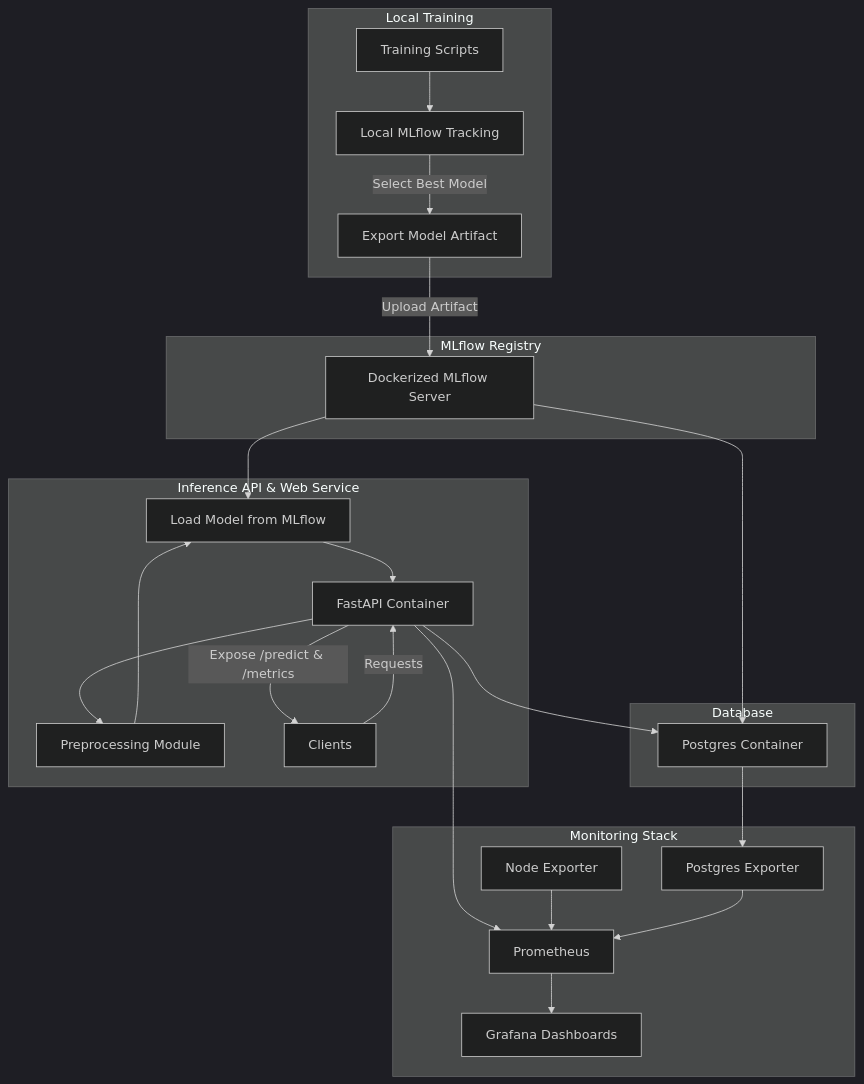
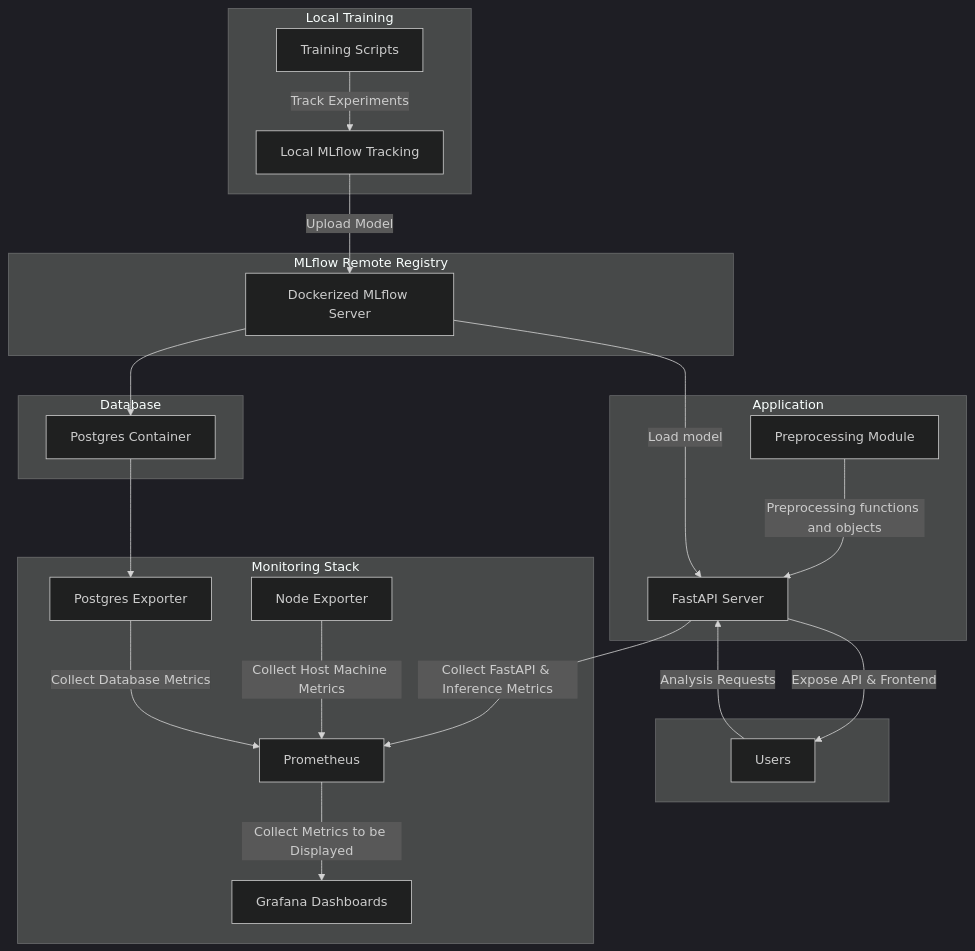
One commit to abdelazizwf/OpinionLens changed the diagram in README.md. Above: the diagram before and after it, drawn with Mermaid (dark theme). The commit also changed other lines of this file and 3 other files, not shown here.

````diff
--- a/README.md
+++ b/README.md
@@ -7,45 +19,45 @@
 ```mermaid
 flowchart TD
     subgraph Local_Training[Local Training]
-        A1[Training Scripts] --> A2[Local MLflow Tracking]
-        A2 -->|Select Best Model| A3[Export Model Artifact]
+        A1[Training Scripts]
+        A2[Local MLflow Tracking]
+        A1 -->|Track Experiments| A2
     end
 
-    subgraph MLflow[MLflow Registry]
+    subgraph MLflow[MLflow Remote Registry]
         B1[Dockerized MLflow Server]
     end
 
-    A3 -->|Upload Artifact| B1
+    A2 -->|Upload Model| B1
 
-    subgraph Inference[Inference API & Web Service]
-        C1[FastAPI Container]
+    subgraph Application[Application]
+        C1[FastAPI Server]
         C2[Preprocessing Module]
-        C3[Load Model from MLflow]
-        C1 --> C2
-        C2 --> C3
-        C3 --> C1
-        C1 -->|Expose /predict & /metrics| D1[Clients]
-        B1 --> C3
+        C2 -->|Preprocessing functions and objects| C1
+        B1 -->|Load model| C1
     end
 
-    D1 -->|Requests| C1
+    subgraph Users[ ]
+        D1[Users]
+        D1 -->|Analysis Requests| C1
+        C1 -->|Expose API & Frontend| D1
+    end
 
     subgraph Monitoring[Monitoring Stack]
         E1[Prometheus]
         E2[Grafana Dashboards]
         E3[Node Exporter]
         E4[Postgres Exporter]
-        C1 --> E1
-        E3 --> E1
-        E4 --> E1
-        E1 --> E2
+        C1 -->|Collect FastAPI & Inference Metrics| E1
+        E3 -->|Collect Host Machine Metrics| E1
+        E4 -->|Collect Database Metrics| E1
+        E1 -->|Collect Metrics to be Displayed| E2
     end
 
     subgraph DB[Database]
         F1[Postgres Container]
-        C1 --> F1
         B1 --> F1
         F1 --> E4
     end
 
 ```
````
